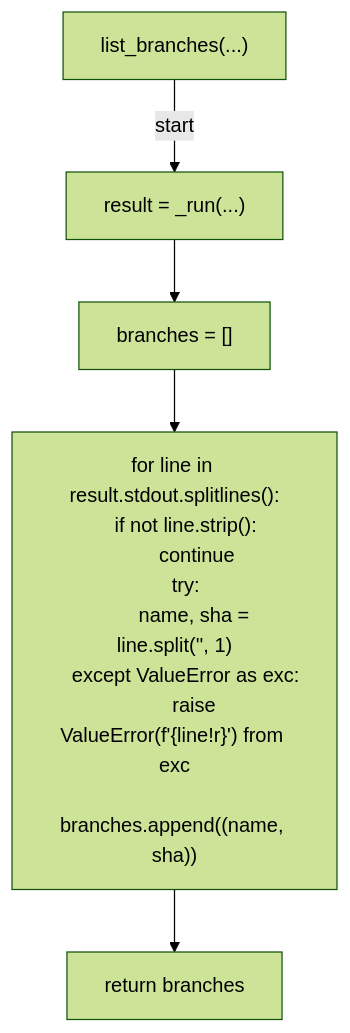
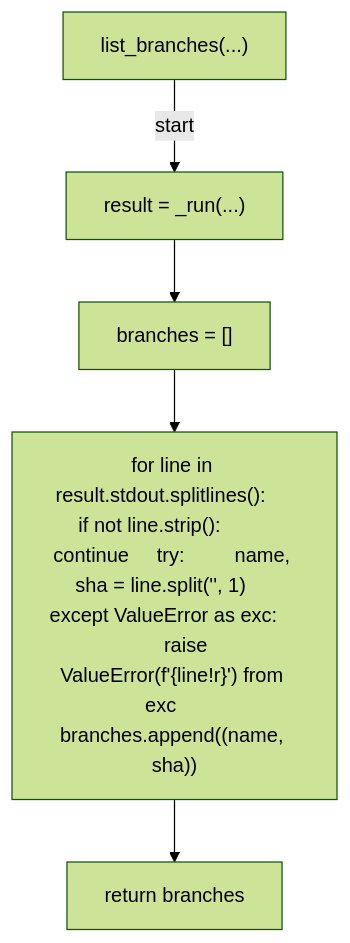
One commit to tvna/claude-md changed the sixth of 25 diagrams in docs/generated/scripts/ast/branch_cleanup.md. Above: the diagram before and after it, drawn with Mermaid (forest theme). The commit also changed other lines of this file and 20 other files, not shown here.

First line of the commit message:
docs(generated): regenerate decision tree and workflow diagrams (batch 1/5)

````diff
--- a/docs/generated/scripts/ast/branch_cleanup.md
+++ b/docs/generated/scripts/ast/branch_cleanup.md
@@ -86,19 +86,12 @@
 ```mermaid
 flowchart TD
     N001["list_branches(...)"]
     N002["result = _run(...)"]
     N003["branches = []"]
-    N004["for line in result.stdout.splitlines():
-    if not line.strip():
-        continue
-    try:
-        name, sha = line.split('<str>', 1)
-    except ValueError as exc:
-        raise ValueError(f'<str>{line!r}') from exc
-    branches.append((name, sha))"]
+    N004["for line in result.stdout.splitlines():     if not line.strip():         continue     try:         name, sha = line.split('<str>', 1)     except ValueError as exc:         raise ValueError(f'<str>{line!r}') from exc     branches.append((name, sha))"]
     N005["return branches"]
     N001 -->|"start"| N002
     N002 --> N003
     N003 --> N004
     N004 --> N005
 ```
````
